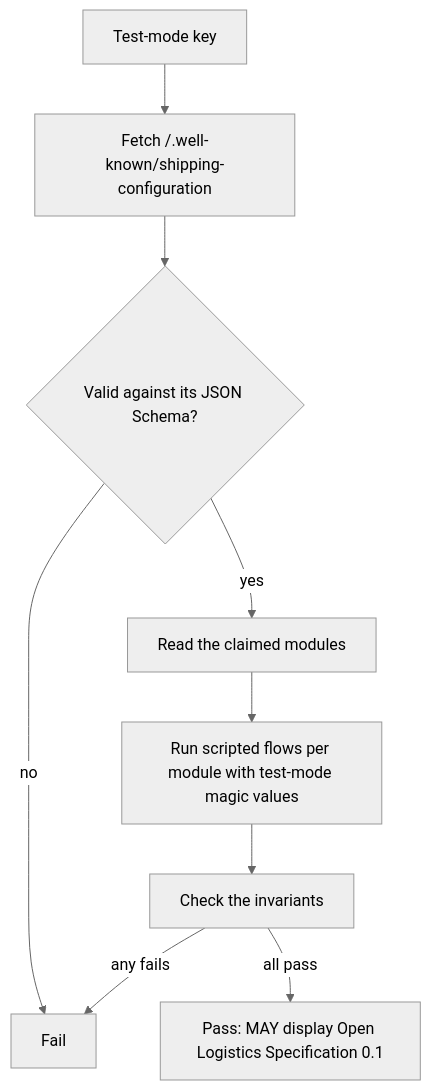
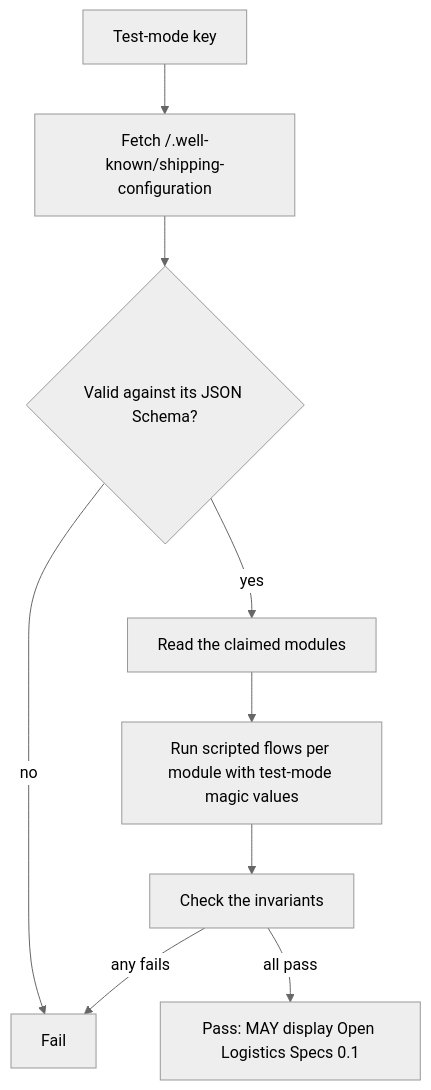
The second of 2 diagrams in spec/11-conformance.md (ebenlab/openshipping.tech), drawn with Mermaid (neutral theme) before and after one commit. The commit also changed other lines of this file and 28 other files, not shown here.

First line of the commit message:
Split the REST Interface by mode and rename to Open Logistics Specs

````diff
--- a/spec/11-conformance.md
+++ b/spec/11-conformance.md
@@ -130,11 +130,11 @@
 ```mermaid
 flowchart TD
     A["Test-mode key"] --> B["Fetch /.well-known/shipping-configuration"]
     B --> C{"Valid against its JSON Schema?"}
     C -->|no| X["Fail"]
     C -->|yes| D["Read the claimed modules"]
     D --> E["Run scripted flows per module with test-mode magic values"]
     E --> F["Check the invariants"]
     F -->|any fails| X
-    F -->|all pass| G["Pass: MAY display Open Logistics Specification 0.1"]
+    F -->|all pass| G["Pass: MAY display Open Logistics Specs 0.1"]
 ```
````
